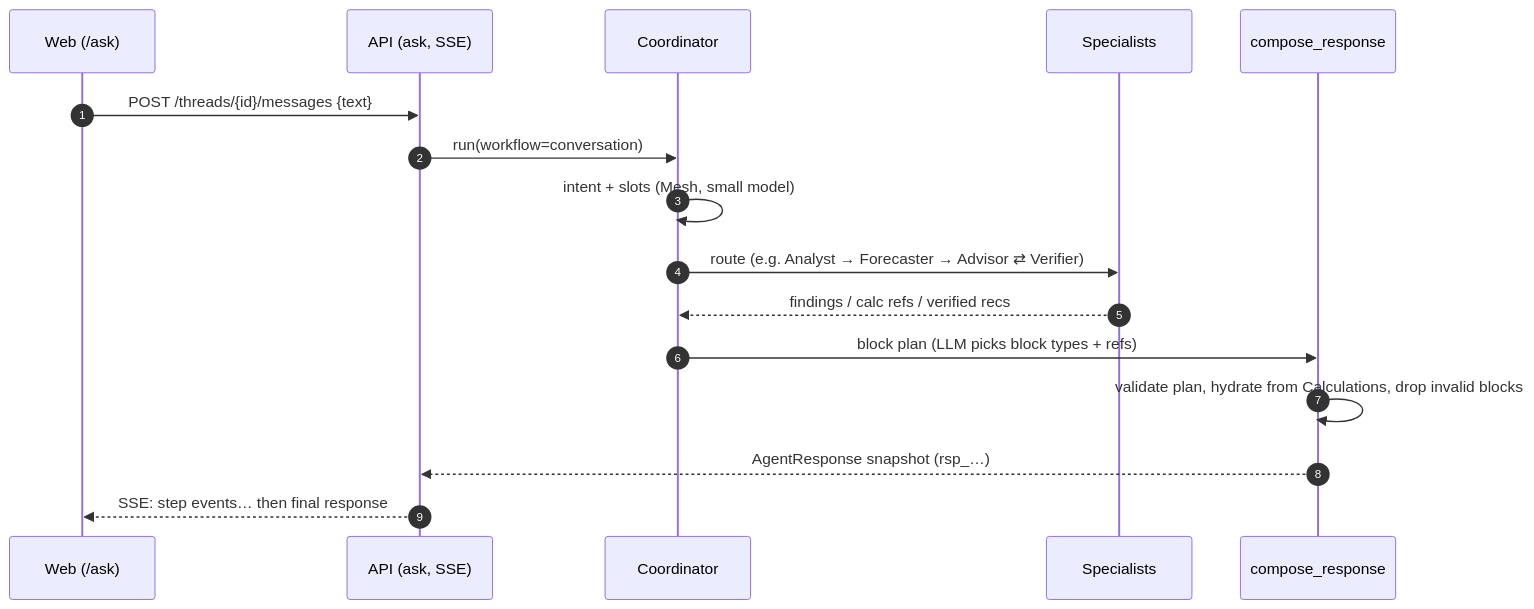
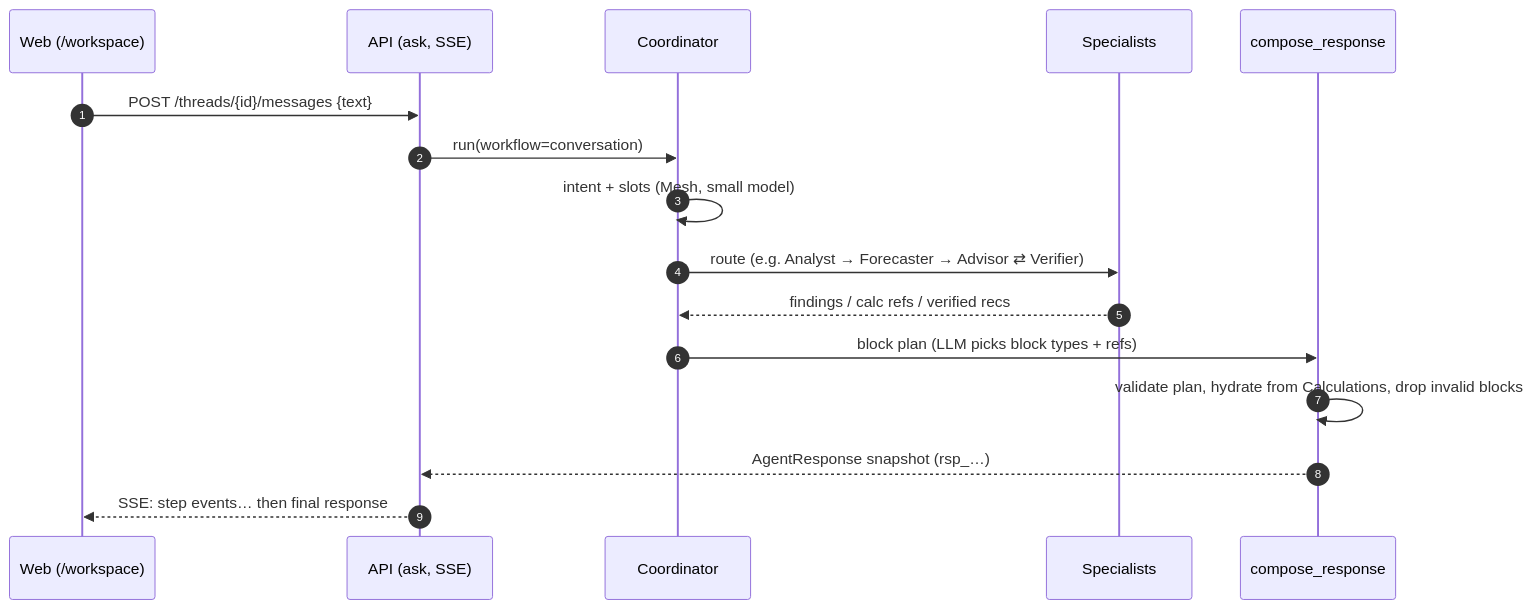
One commit to olaheavy-dev/Foresight changed the sixth of 7 diagrams in docs/05-SYSTEM-ARCHITECTURE.md. Above: the diagram before and after it, drawn with Mermaid. The commit also changed other lines of this file and 122 other files, not shown here.

````diff
--- a/docs/05-SYSTEM-ARCHITECTURE.md
+++ b/docs/05-SYSTEM-ARCHITECTURE.md
@@ -278,18 +278,18 @@
 ```mermaid
 sequenceDiagram
     autonumber
-    participant W as Web (/ask)
+    participant W as Web (/workspace)
     participant A as API (ask, SSE)
     participant C as Coordinator
     participant S as Specialists
     participant X as compose_response
     W->>A: POST /threads/{id}/messages {text}
     A->>C: run(workflow=conversation)
     C->>C: intent + slots (Mesh, small model)
     C->>S: route (e.g. Analyst → Forecaster → Advisor ⇄ Verifier)
     S-->>C: findings / calc refs / verified recs
     C->>X: block plan (LLM picks block types + refs)
     X->>X: validate plan, hydrate from Calculations, drop invalid blocks
     X-->>A: AgentResponse snapshot (rsp_…)
     A-->>W: SSE: step events… then final response
 ```
````
